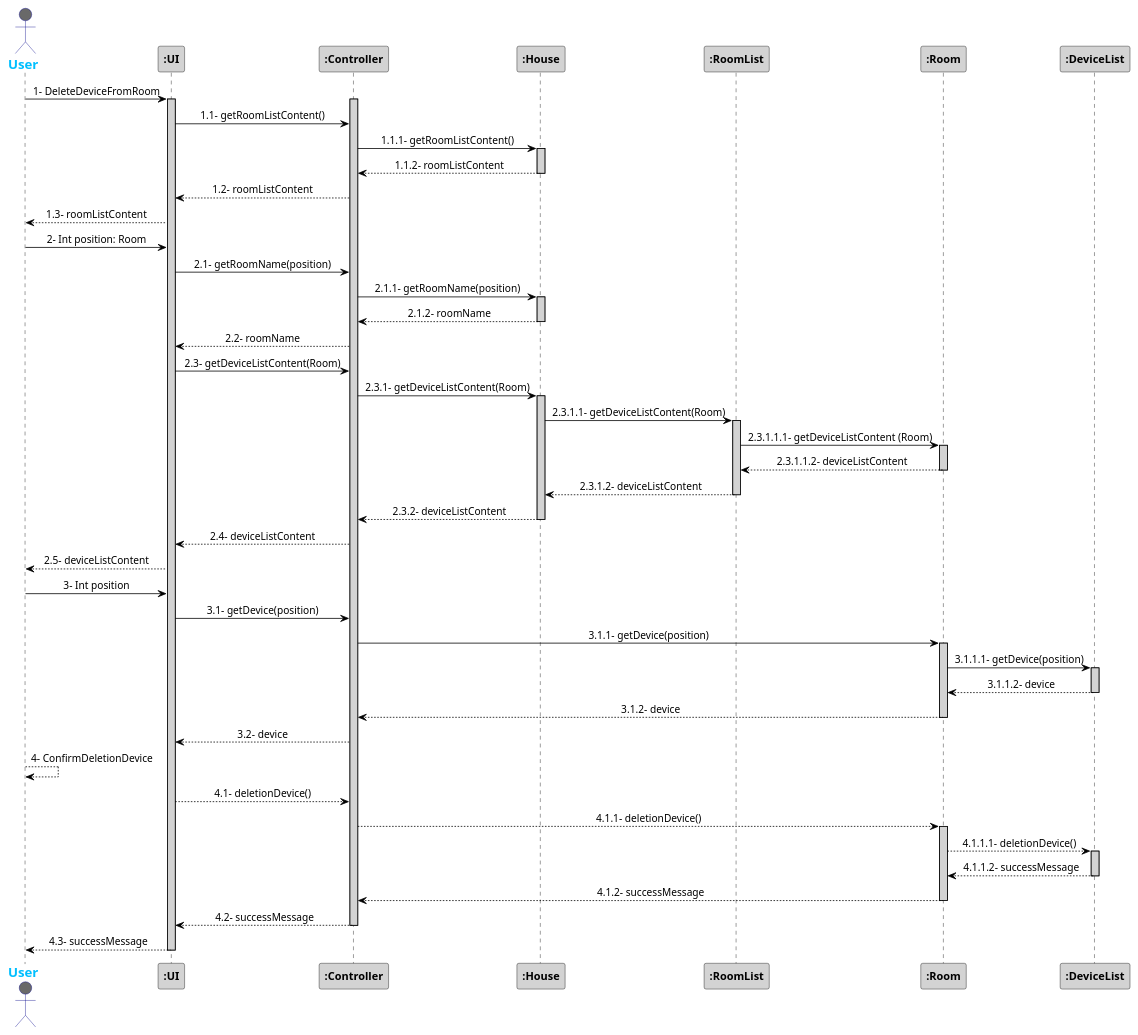
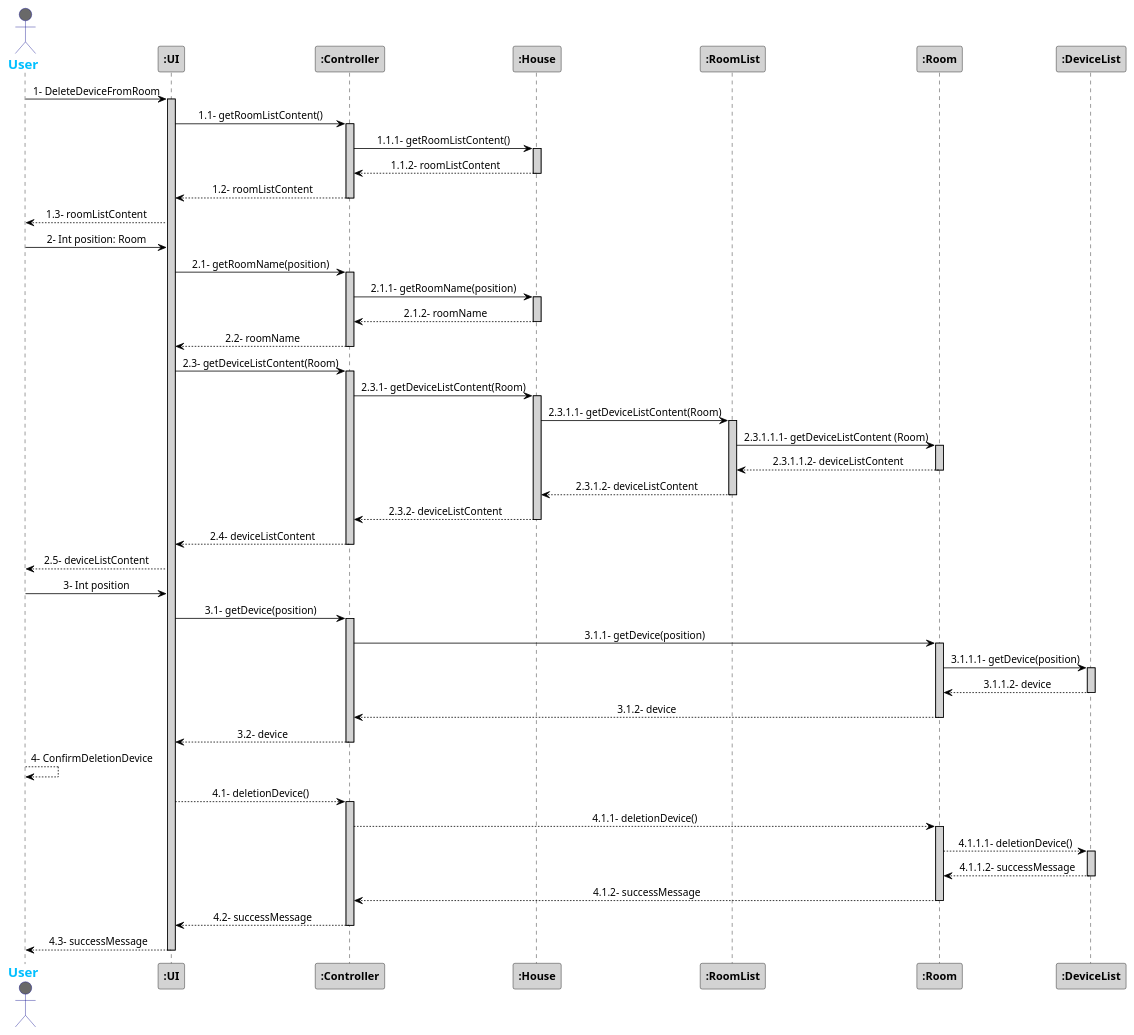
The diagram in src/Docs/Sprint3/DeleteDeviceFromRoom.puml (1181687/hateoasToy), drawn with PlantUML before and after one commit. The commit also changed 1 other file, not shown here.

Commit message:
Changes on sequence diagrams DeleteDeviceFromRoom and GetEneryConsumptionHouseGridInterval

```diff
--- a/src/Docs/Sprint3/DeleteDeviceFromRoom.puml
+++ b/src/Docs/Sprint3/DeleteDeviceFromRoom.puml
@@ -1,87 +1,93 @@
 @startuml
 skinparam sequenceMessageAlign center
 skinparam sequence {
 	ArrowColor Black
 	ActorBorderColor DarkBlue
 	LifeLineBorderColor black
 	LifeLineBackgroundColor LightGrey
 
 	ParticipantBorderColor Black
 	ParticipantBackgroundColor LightGrey
 	ParticipantFontStyle Bold
 
 	ActorBackgroundColor DimGrey
 	ActorFontColor DeepSkyBlue
 	ActorFontStyle Bold
 	ActorFontSize 17
 	ActorFontName Aapex
 }
 
 actor User
 User -> ":UI": 1- DeleteDeviceFromRoom
 activate ":UI"
+":UI" -> ":Controller": 1.1- getRoomListContent()
 activate ":Controller"
-":UI" -> ":Controller": 1.1- getRoomListContent()
 ":Controller" -> ":House": 1.1.1- getRoomListContent()
 activate ":House"
 
 ":Controller" <-- ":House": 1.1.2- roomListContent
 deactivate ":House"
 ":UI" <-- ":Controller": 1.2- roomListContent
+deactivate ":Controller"
 User <-- ":UI": 1.3- roomListContent
 
 User -> ":UI": 2- Int position: Room
 ":UI" -> ":Controller": 2.1- getRoomName(position)
+activate ":Controller"
 ":Controller" -> ":House": 2.1.1- getRoomName(position)
 activate ":House"
 ":Controller" <-- ":House": 2.1.2- roomName
 deactivate ":House"
 ":UI" <-- ":Controller": 2.2- roomName
-
+deactivate ":Controller"
 
 
 ":UI" -> ":Controller": 2.3- getDeviceListContent(Room)
+activate ":Controller"
 ":Controller" -> ":House": 2.3.1- getDeviceListContent(Room)
 activate ":House"
 ":House" -> ":RoomList": 2.3.1.1- getDeviceListContent(Room)
 activate ":RoomList"
 ":RoomList" -> ":Room": 2.3.1.1.1- getDeviceListContent (Room)
 activate ":Room"
 ":RoomList" <-- ":Room": 2.3.1.1.2- deviceListContent
 deactivate ":Room"
 ":House" <-- ":RoomList":  2.3.1.2- deviceListContent
 deactivate ":RoomList"
 ":Controller" <-- ":House": 2.3.2- deviceListContent
 deactivate ":House"
 ":UI" <-- ":Controller": 2.4- deviceListContent
+deactivate ":Controller"
 User <-- ":UI": 2.5- deviceListContent
 
 User -> ":UI": 3- Int position
 ":UI" -> ":Controller": 3.1- getDevice(position)
+activate ":Controller"
 ":Controller" -> ":Room": 3.1.1- getDevice(position)
 activate ":Room"
 ":Room" -> ":DeviceList": 3.1.1.1- getDevice(position)
 activate ":DeviceList"
 ":Room" <-- ":DeviceList": 3.1.1.2- device
 deactivate ":DeviceList"
 ":Controller" <-- ":Room": 3.1.2- device
 deactivate ":Room"
 ":UI" <-- ":Controller": 3.2- device
-
+deactivate ":Controller"
 
 User --> User: 4- ConfirmDeletionDevice
 ":UI" --> ":Controller": 4.1- deletionDevice()
+activate ":Controller"
 ":Controller" --> ":Room": 4.1.1- deletionDevice()
 activate ":Room"
 ":Room" --> ":DeviceList": 4.1.1.1- deletionDevice()
 activate ":DeviceList"
 ":Room" <-- ":DeviceList": 4.1.1.2- successMessage
 deactivate ":DeviceList"
 ":Controller" <-- ":Room": 4.1.2- successMessage
 deactivate ":Room"
 ":UI" <-- ":Controller": 4.2- successMessage
 deactivate ":Controller"
 User <-- ":UI": 4.3- successMessage
 deactivate ":UI"
 
 @enduml
```
